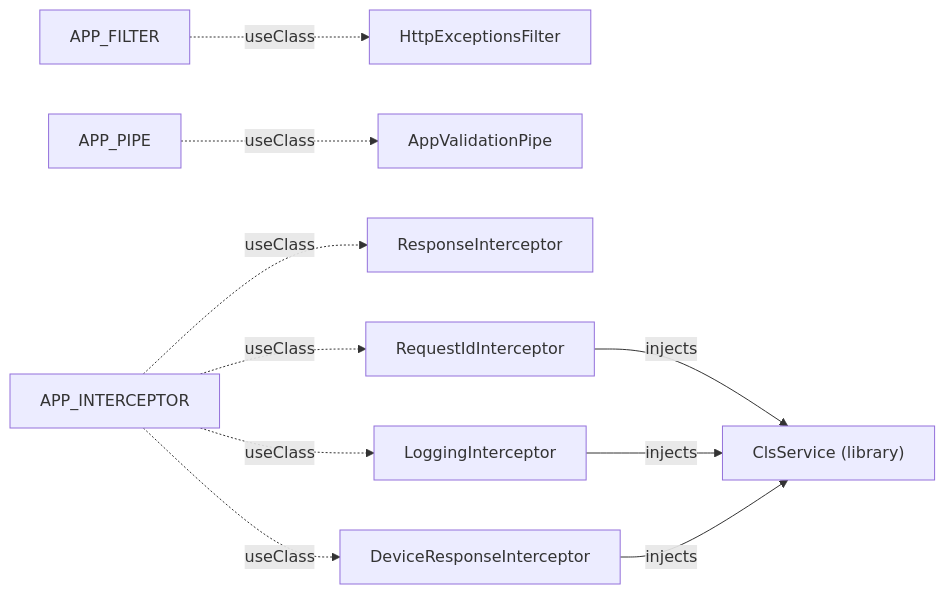
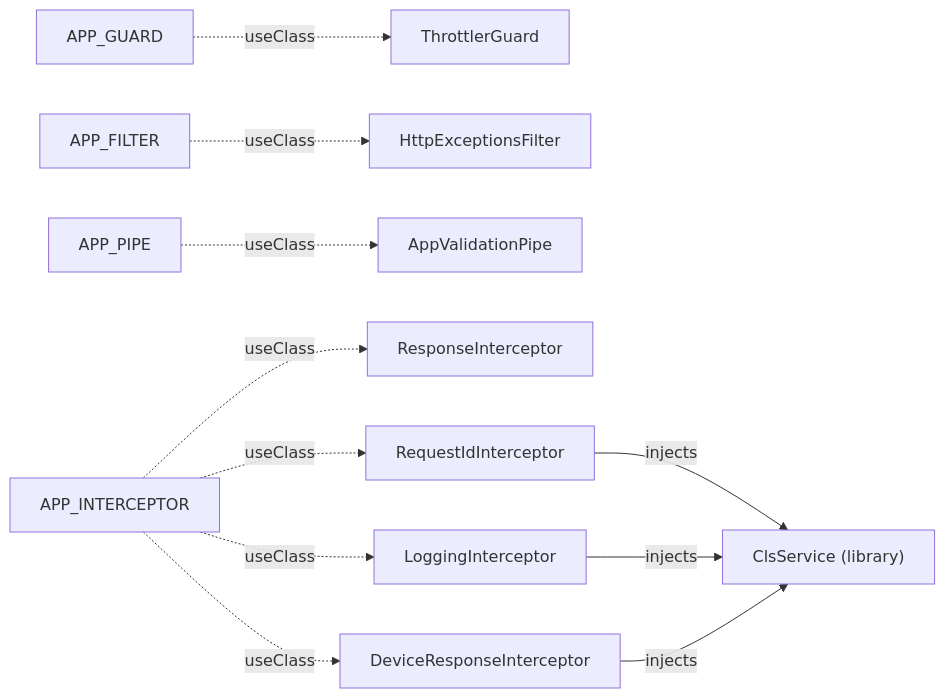
Diagram 22 of 22 in docs/DI-WIRING.md (ashrafemon/ddd-boilerplate), drawn with Mermaid before and after one commit. The commit also changed other lines of this file and 6 other files, not shown here.

First line of the commit message:
docs(platform): number lifecycle flows in service modules; sync architecture guides

````diff
--- a/docs/DI-WIRING.md
+++ b/docs/DI-WIRING.md
@@ -1064,22 +1074,25 @@
 ```mermaid
 flowchart LR
     APP_INTERCEPTOR["APP_INTERCEPTOR"]
     ResponseInterceptor["ResponseInterceptor"]
     APP_INTERCEPTOR -.->|useClass| ResponseInterceptor
+    APP_GUARD["APP_GUARD"]
+    ThrottlerGuard["ThrottlerGuard"]
+    APP_GUARD -.->|useClass| ThrottlerGuard
     APP_FILTER["APP_FILTER"]
     HttpExceptionsFilter["HttpExceptionsFilter"]
     APP_FILTER -.->|useClass| HttpExceptionsFilter
     APP_PIPE["APP_PIPE"]
     AppValidationPipe["AppValidationPipe"]
     APP_PIPE -.->|useClass| AppValidationPipe
     RequestIdInterceptor["RequestIdInterceptor"]
     APP_INTERCEPTOR -.->|useClass| RequestIdInterceptor
     LoggingInterceptor["LoggingInterceptor"]
     APP_INTERCEPTOR -.->|useClass| LoggingInterceptor
     DeviceResponseInterceptor["DeviceResponseInterceptor"]
     APP_INTERCEPTOR -.->|useClass| DeviceResponseInterceptor
     ClsService__library_["ClsService (library)"]
     RequestIdInterceptor -->|injects| ClsService__library_
     LoggingInterceptor -->|injects| ClsService__library_
     DeviceResponseInterceptor -->|injects| ClsService__library_
 ```
````
